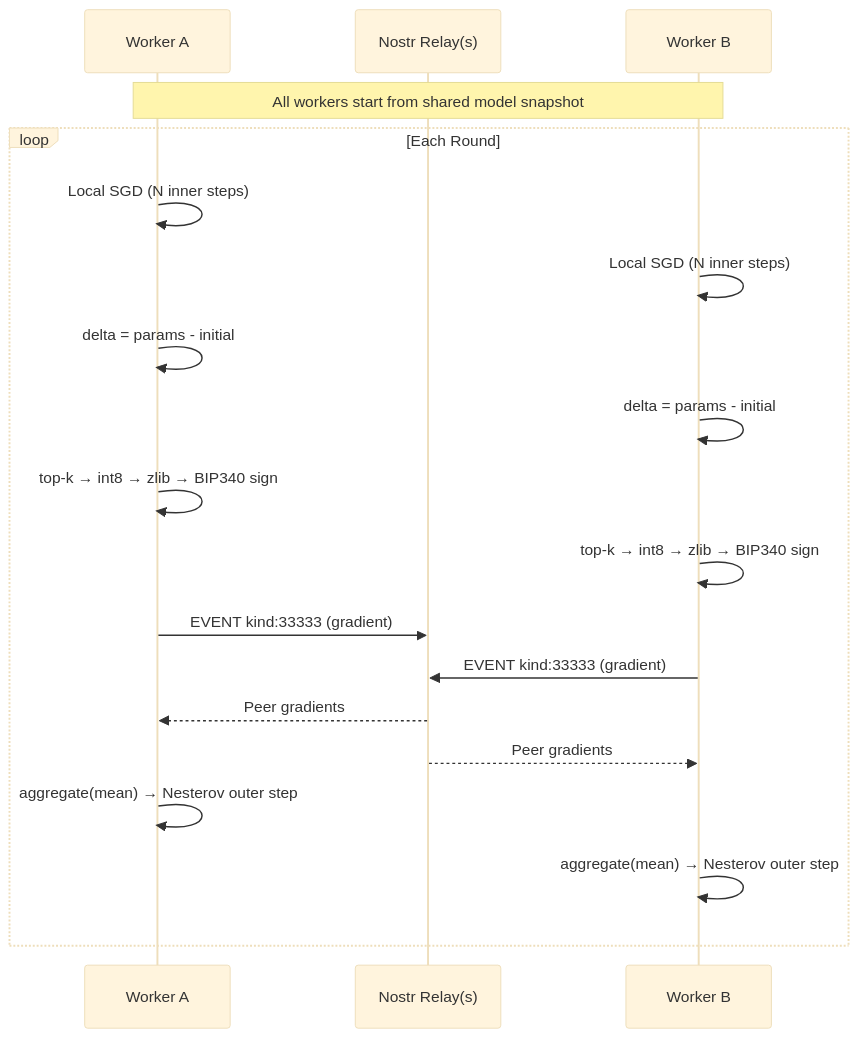
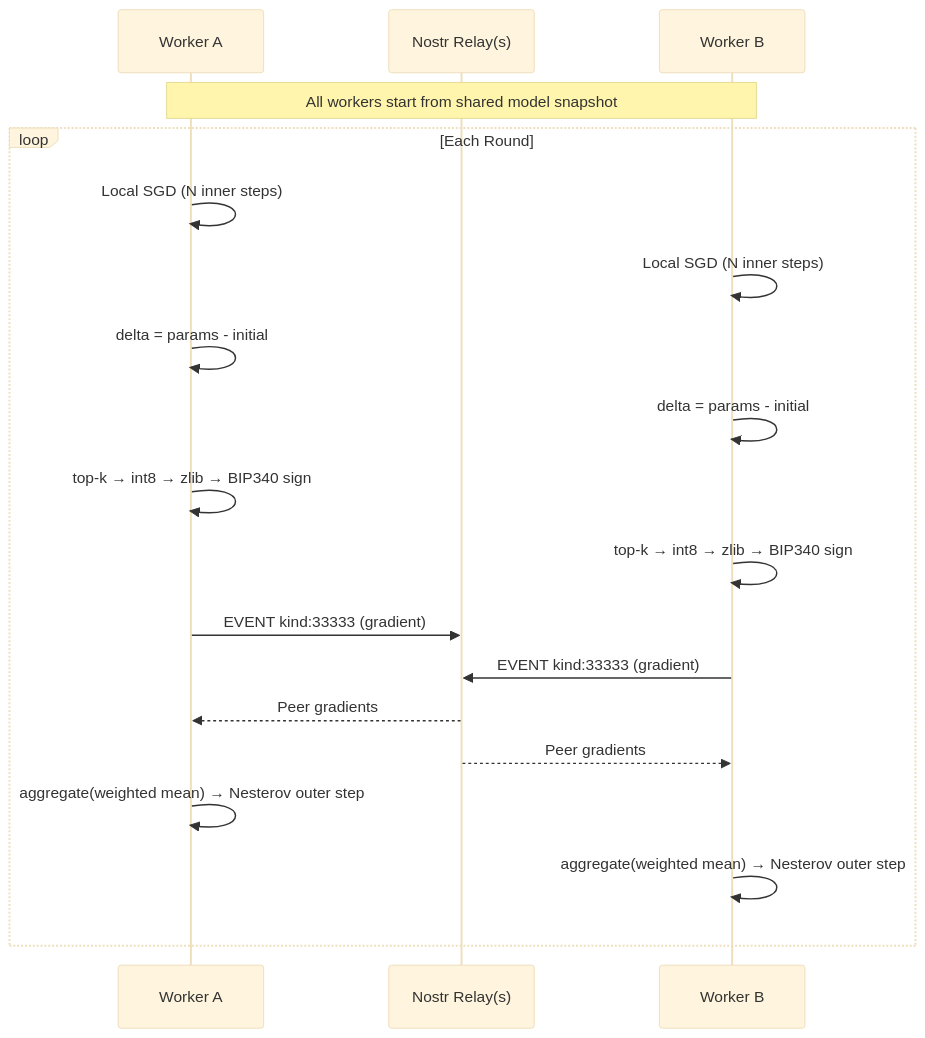
One commit to AbdelStark/nostrain changed the diagram in README.md. Above: the diagram before and after it, drawn with Mermaid (base theme). The commit also changed other lines of this file and 13 other files, not shown here.

````diff
--- a/README.md
+++ b/README.md
@@ -28,28 +28,28 @@
 ```mermaid
 sequenceDiagram
     participant A as Worker A
     participant R as Nostr Relay(s)
     participant B as Worker B
 
     Note over A,B: All workers start from shared model snapshot
 
     loop Each Round
         A->>A: Local SGD (N inner steps)
         B->>B: Local SGD (N inner steps)
 
         A->>A: delta = params - initial
         B->>B: delta = params - initial
 
         A->>A: top-k → int8 → zlib → BIP340 sign
         B->>B: top-k → int8 → zlib → BIP340 sign
 
         A->>R: EVENT kind:33333 (gradient)
         B->>R: EVENT kind:33333 (gradient)
 
         R-->>A: Peer gradients
         R-->>B: Peer gradients
 
-        A->>A: aggregate(mean) → Nesterov outer step
-        B->>B: aggregate(mean) → Nesterov outer step
+        A->>A: aggregate(weighted mean) → Nesterov outer step
+        B->>B: aggregate(weighted mean) → Nesterov outer step
     end
 ```
````
